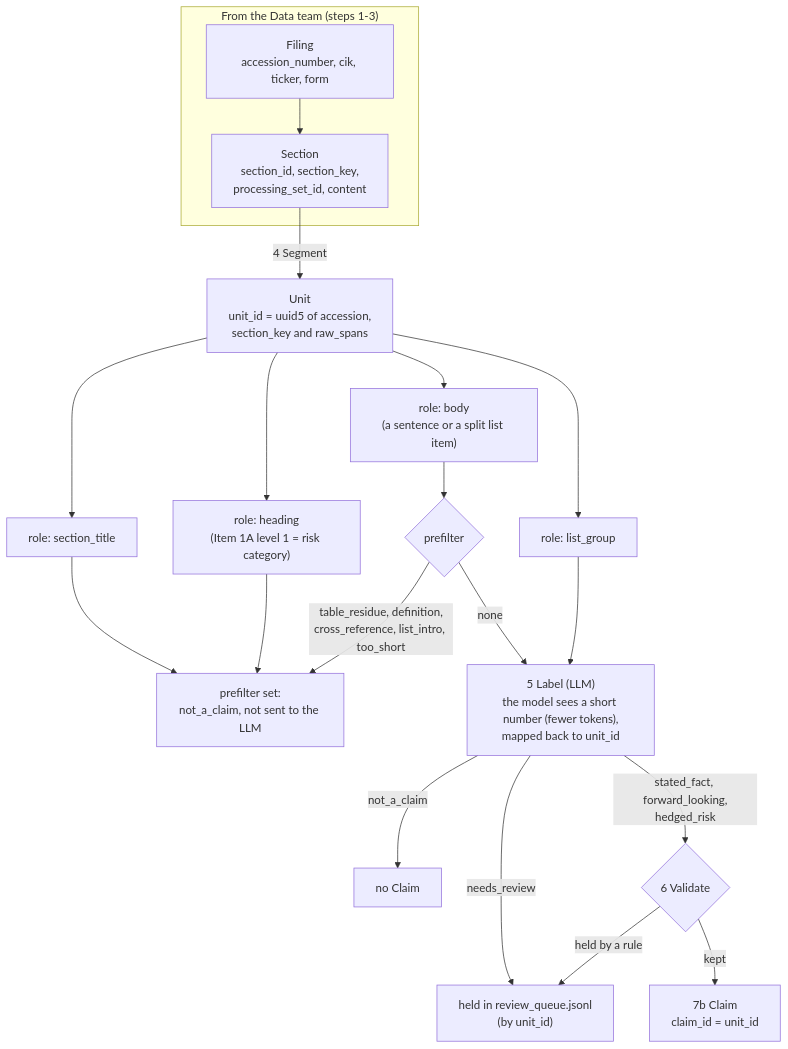
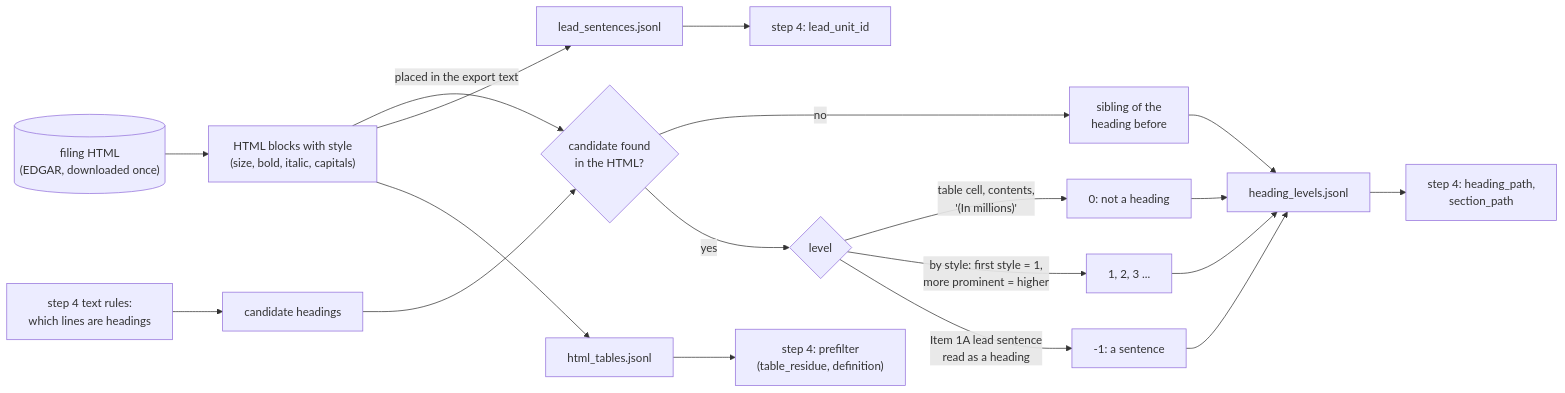
Before and after one commit to ZiyiClaudiaWang/KPMG-GraphRAG: the second of 6 diagrams in extraction_pipeline/README.md, drawn with Mermaid. The commit also changed other lines of this file and 4 other files, not shown here.

Commit message:
Rewrite pipeline README: bullets, new diagrams, shorter setup and review; move merge notes to docs/

````diff
--- a/extraction_pipeline/README.md
+++ b/extraction_pipeline/README.md
@@ -124,26 +99,16 @@
 ```mermaid
-flowchart TD
-    subgraph DATA["From the Data team (steps 1-3)"]
-        F["Filing<br/>accession_number, cik, ticker, form"]
-        S["Section<br/>section_id, section_key,<br/>processing_set_id, content"]
-        F --> S
-    end
-    S -->|"4 Segment"| U["Unit<br/>unit_id = uuid5 of accession,<br/>section_key and raw_spans"]
-
-    U --> R1["role: section_title"]
-    U --> R2["role: heading<br/>(Item 1A level 1 = risk category)"]
-    U --> R4["role: body<br/>(a sentence or a split list item)"]
-    U --> R5["role: list_group"]
-
-    R1 & R2 --> NO["prefilter set:<br/>not_a_claim, not sent to the LLM"]
-    R4 --> P{"prefilter"}
-    P -->|"table_residue, definition,<br/>cross_reference, list_intro, too_short"| NO
-    P -->|"none"| LLM
-    R5 --> LLM["5 Label (LLM)<br/>the model sees a short number (fewer tokens),<br/>mapped back to unit_id"]
-
-    LLM -->|"not_a_claim"| NC["no Claim"]
-    LLM -->|"needs_review"| H["held in review_queue.jsonl<br/>(by unit_id)"]
-    LLM -->|"stated_fact, forward_looking,<br/>hedged_risk"| V{"6 Validate"}
-    V -->|"held by a rule"| H
-    V -->|"kept"| C["7b Claim<br/>claim_id = unit_id"]
+flowchart LR
+    S4["step 4 text rules:<br/>which lines are headings"] --> C["candidate headings"]
+    H[("filing HTML<br/>(EDGAR, downloaded once)")] --> B["HTML blocks with style<br/>(size, bold, italic, capitals)"]
+    B -->|"placed in the export text"| M{"candidate found<br/>in the HTML?"}
+    C --> M
+    M -->|"no"| SIB["sibling of the<br/>heading before"]
+    M -->|"yes"| L{"level"}
+    L -->|"table cell, contents,<br/>'(In millions)'"| L0["0: not a heading"]
+    L -->|"by style: first style = 1,<br/>more prominent = higher"| L1["1, 2, 3 ..."]
+    L -->|"Item 1A lead sentence<br/>read as a heading"| LM["-1: a sentence"]
+    L0 & L1 & LM & SIB --> OUT["heading_levels.jsonl"]
+    OUT --> P["step 4: heading_path,<br/>section_path"]
+    B --> LEADS["lead_sentences.jsonl"] --> LU["step 4: lead_unit_id"]
+    B --> TAB["html_tables.jsonl"] --> PF["step 4: prefilter<br/>(table_residue, definition)"]
 ```
````
